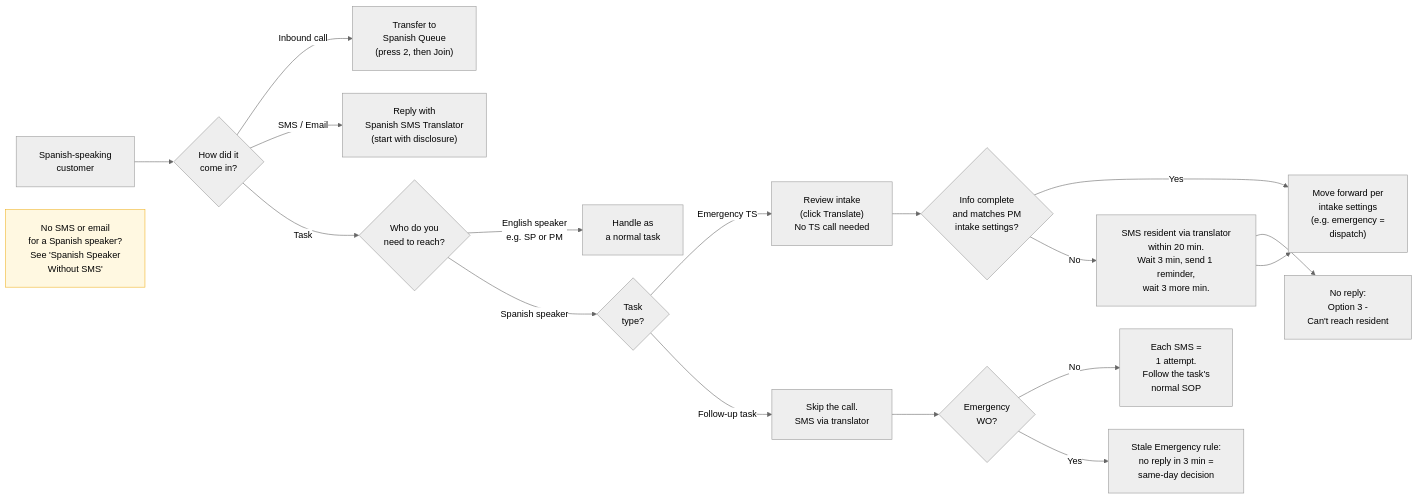
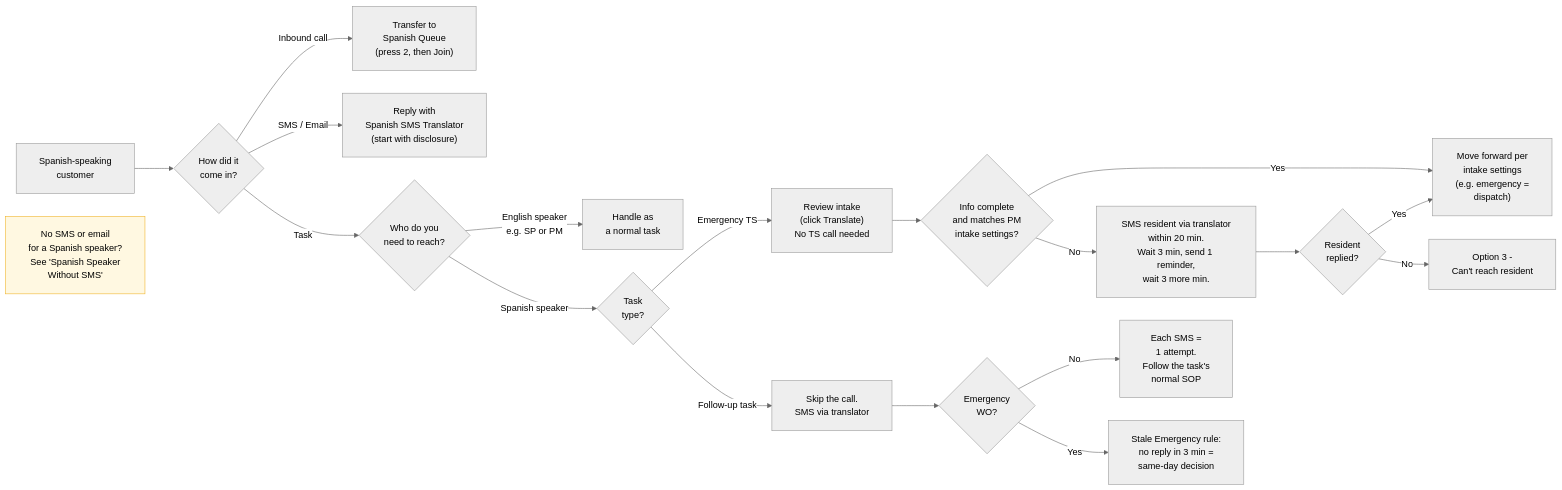
Before and after one commit to LatchelEngineering/mintlify: the diagram in latchel-admin/Service-Operations/Production-Documentation/How-to-Handle-Spanish-SMS-Emails-Calls.mdx, drawn with Mermaid (neutral theme).

Commit message:
Update How to: Handle Spanish SMS/Emails/Calls
- Updated latchel-admin/Service-Operations/Production-Documentation/How-to-Handle-Spanish-SMS-Emails-Calls.mdx

Mintlify-Source: dashboard-editor

````diff
--- a/latchel-admin/Service-Operations/Production-Documentation/How-to-Handle-Spanish-SMS-Emails-Calls.mdx
+++ b/latchel-admin/Service-Operations/Production-Documentation/How-to-Handle-Spanish-SMS-Emails-Calls.mdx
@@ -15,27 +15,28 @@
 ```mermaid
 %%{init: {"flowchart": {"padding": 20, "nodeSpacing": 40, "rankSpacing": 50}}}%%
 flowchart LR
     A["Spanish-speaking<br/>customer"] --> B{"How did it<br/>come in?"}
 
     B -->|Inbound call| C["Transfer to<br/>Spanish Queue<br/>(press 2, then Join)"]
     B -->|SMS / Email| D["Reply with<br/>Spanish SMS Translator<br/>(start with disclosure)"]
     B -->|Task| E{"Who do you<br/>need to reach?"}
 
     E -->|English speaker<br/>e.g. SP or PM| F["Handle as<br/>a normal task"]
     E -->|Spanish speaker| I{"Task<br/>type?"}
 
     I -->|Emergency TS| J["Review intake<br/>(click Translate)<br/>No TS call needed"]
     J --> K{"Info complete<br/>and matches PM<br/>intake settings?"}
     K -->|Yes| L["Move forward per<br/>intake settings<br/>(e.g. emergency =<br/>dispatch)"]
     K -->|No| M["SMS resident via translator<br/>within 20 min.<br/>Wait 3 min, send 1 reminder,<br/>wait 3 more min."]
-    M --> P["No reply:<br/>Option 3 -<br/>Can't reach resident"]
-    M --> L
+    M --> N{"Resident<br/>replied?"}
+    N -->|Yes| L
+    N -->|No| P["Option 3 -<br/>Can't reach resident"]
 
     I -->|Follow-up task| Q["Skip the call.<br/>SMS via translator"]
     Q --> R{"Emergency<br/>WO?"}
     R -->|No| S["Each SMS =<br/>1 attempt.<br/>Follow the task's<br/>normal SOP"]
     R -->|Yes| T["Stale Emergency rule:<br/>no reply in 3 min =<br/>same-day decision"]
 
     Z["No SMS or email<br/>for a Spanish speaker?<br/>See 'Spanish Speaker<br/>Without SMS'"]
     style Z fill:#fff8e1,stroke:#f0b429
 ```
````
